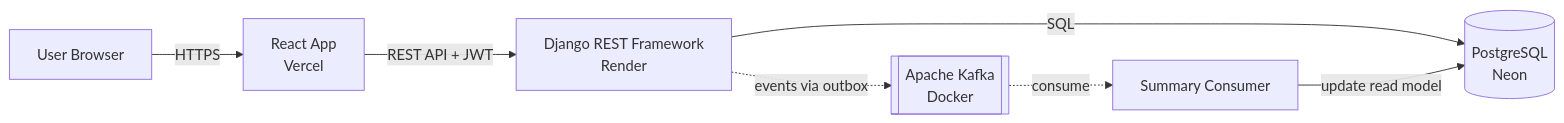
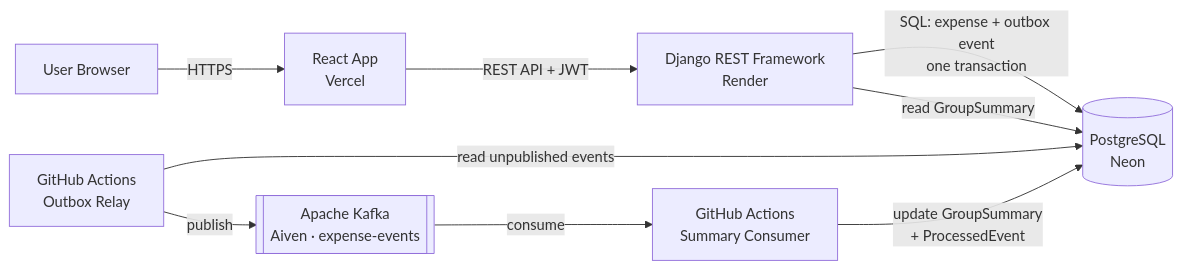
The first of 2 diagrams in README.md (Manu577228/FullStack-21-Expense-Splitter-Fractal), drawn with Mermaid before and after one commit. The commit also changed other lines of this file, not shown here.

````diff
--- a/README.md
+++ b/README.md
@@ -84,9 +94,11 @@
 ```mermaid
 flowchart LR
     U[User Browser] -->|HTTPS| F[React App<br/>Vercel]
     F -->|REST API + JWT| B[Django REST Framework<br/>Render]
-    B -->|SQL| D[(PostgreSQL<br/>Neon)]
-    B -. events via outbox .-> K[[Apache Kafka<br/>Docker]]
-    K -. consume .-> C[Summary Consumer]
-    C -->|update read model| D
+    B -->|SQL: expense + outbox event<br/>one transaction| D[(PostgreSQL<br/>Neon)]
+    R[GitHub Actions<br/>Outbox Relay] -->|read unpublished events| D
+    R -->|publish| K[[Apache Kafka<br/>Aiven · expense-events]]
+    K -->|consume| C[GitHub Actions<br/>Summary Consumer]
+    C -->|update GroupSummary<br/>+ ProcessedEvent| D
+    B -->|read GroupSummary| D
 ```
````
